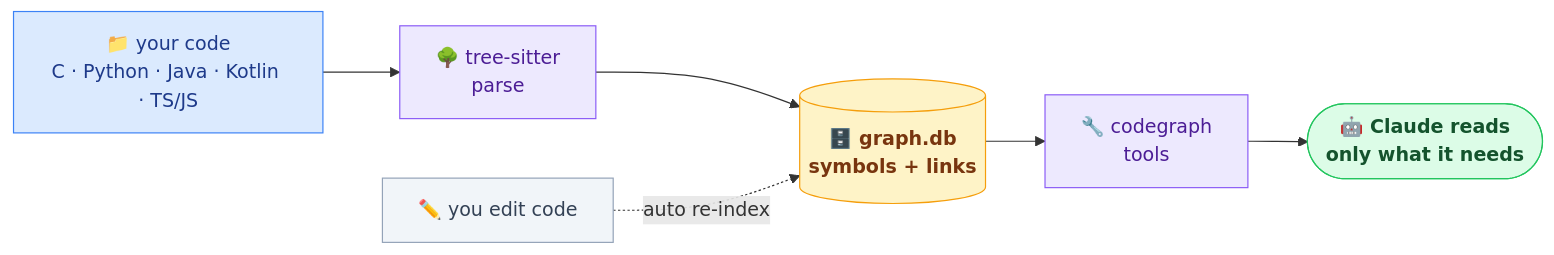
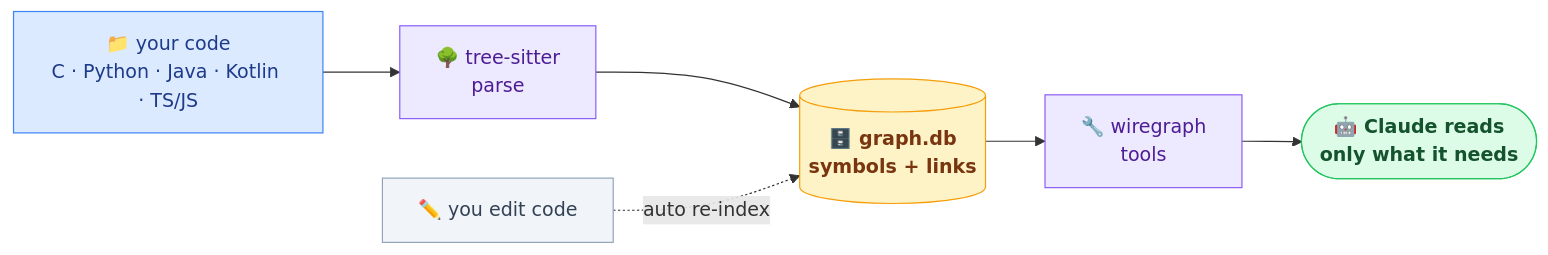
Before and after one commit to kaleLetendre/wiregraph: the second of 3 diagrams in README.md, drawn with Mermaid. The commit also changed other lines of this file and 43 other files, not shown here.

````diff
--- a/README.md
+++ b/README.md
@@ -46,11 +47,11 @@
 ```mermaid
 flowchart LR
   src["📁 your code<br/>C · Python · Java · Kotlin · TS/JS"]:::src --> ts["🌳 tree-sitter<br/>parse"]:::proc --> db[("🗄️ graph.db<br/>symbols + links")]:::store
-  db --> mcp["🔧 codegraph<br/>tools"]:::proc --> claude(["🤖 Claude reads<br/>only what it needs"]):::ai
+  db --> mcp["🔧 wiregraph<br/>tools"]:::proc --> claude(["🤖 Claude reads<br/>only what it needs"]):::ai
   edit["✏️ you edit code"]:::edit -. auto re-index .-> db
   classDef src fill:#dbeafe,stroke:#3b82f6,color:#1e3a8a
   classDef proc fill:#ede9fe,stroke:#8b5cf6,color:#4c1d95
   classDef store fill:#fef3c7,stroke:#f59e0b,color:#78350f,font-weight:bold
   classDef ai fill:#dcfce7,stroke:#22c55e,color:#14532d,font-weight:bold
   classDef edit fill:#f1f5f9,stroke:#94a3b8,color:#334155
 ```
````
